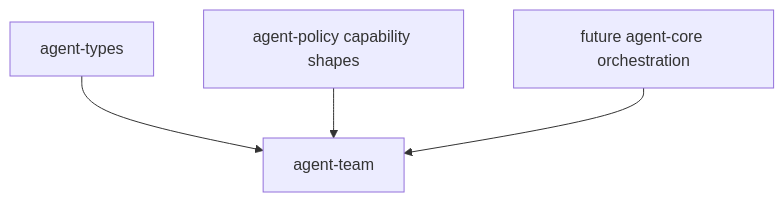
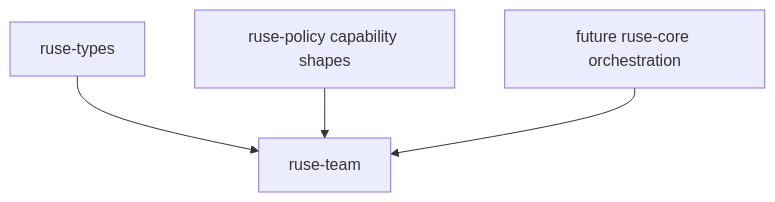
Before and after one commit to poneding/agent: the diagram in docs/specs/M09-03-subagent-handoff.spec.md, drawn with Mermaid. The commit also changed other lines of this file and 2091 other files, not shown here.

First line of the commit message:
refactor: rename agent branding to ruse

````diff
--- a/docs/specs/M09-03-subagent-handoff.spec.md
+++ b/docs/specs/M09-03-subagent-handoff.spec.md
@@ -35,6 +35,6 @@
 ```mermaid
 flowchart TD
-  types["agent-types"] --> team["agent-team"]
-  policy["agent-policy capability shapes"] --> team
-  future_core["future agent-core orchestration"] --> team
+  types["ruse-types"] --> team["ruse-team"]
+  policy["ruse-policy capability shapes"] --> team
+  future_core["future ruse-core orchestration"] --> team
 ```
````
